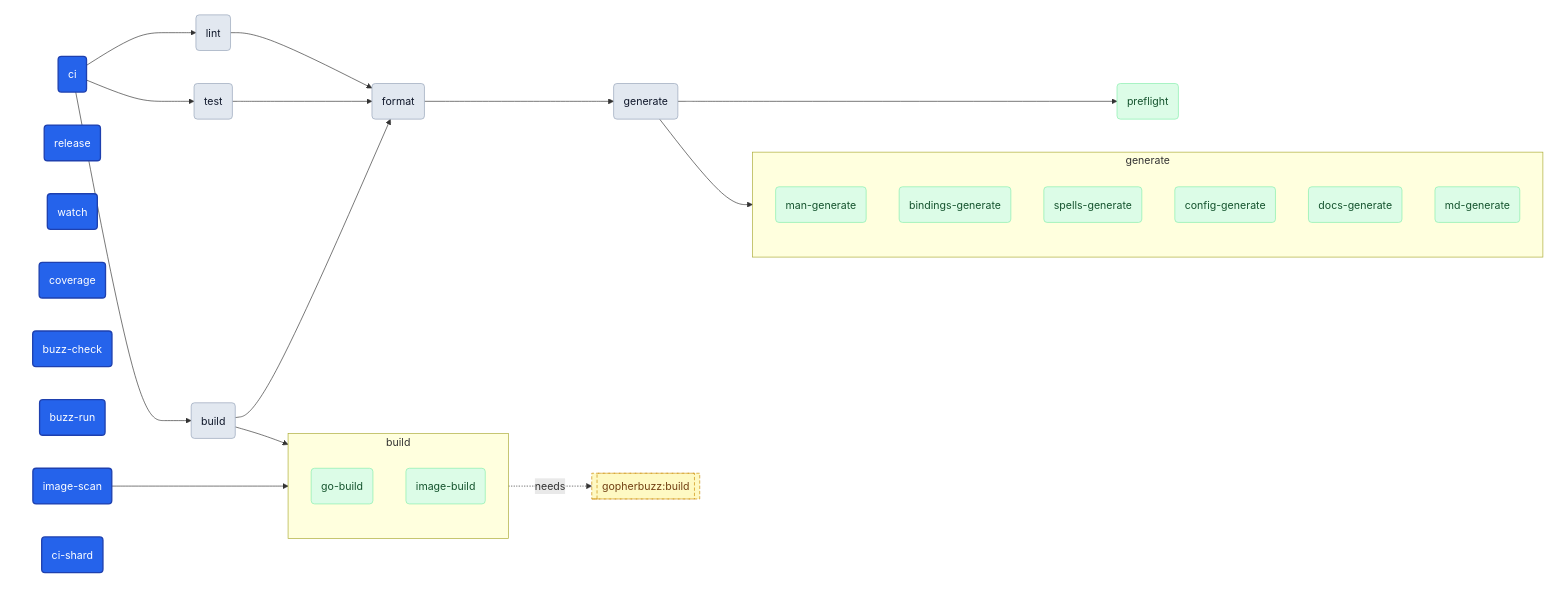
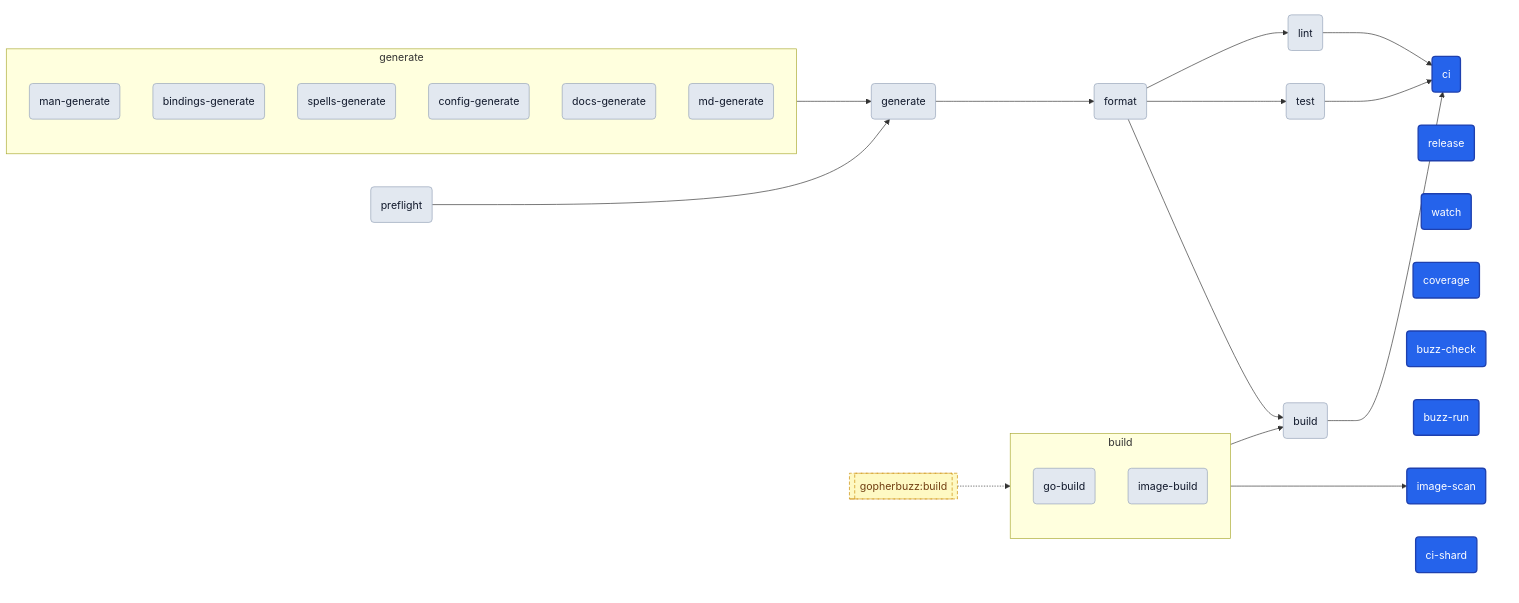
The second of 6 diagrams in MAGUS.md (egladman/magus), drawn with Mermaid before and after one commit. The commit also changed other lines of this file and 174 other files, not shown here.

````diff
--- a/MAGUS.md
+++ b/MAGUS.md
@@ -60,59 +58,57 @@
 ```mermaid
 ---
 config:
   flowchart:
     nodeSpacing: 50
     rankSpacing: 80
 ---
 graph LR
   subgraph stage_build["build"]
     go_build("go-build")
     image_build("image-build")
   end
   subgraph stage_generate["generate"]
     man_generate("man-generate")
     bindings_generate("bindings-generate")
     spells_generate("spells-generate")
     config_generate("config-generate")
     docs_generate("docs-generate")
     md_generate("md-generate")
   end
   subgraph entry_cluster[" "]
     image_scan("image-scan")
     release("release")
     watch("watch")
     coverage("coverage")
     buzz_check("buzz-check")
     buzz_run("buzz-run")
     ci("ci")
     ci_shard("ci-shard")
   end
   generate("generate")
   preflight("preflight")
   build("build")
   test("test")
   lint("lint")
   format("format")
   xt_gopherbuzz_build[["gopherbuzz:build"]]
-  image_scan --> stage_build
-  generate --> preflight
-  generate --> stage_generate
-  build --> format
-  build --> stage_build
-  test --> format
-  lint --> format
-  format --> generate
-  ci --> lint
-  ci --> build
-  ci --> test
-  stage_build -.->|"needs"| xt_gopherbuzz_build
+  stage_build --> image_scan
+  preflight --> generate
+  stage_generate --> generate
+  format --> build
+  stage_build --> build
+  format --> test
+  format --> lint
+  generate --> format
+  lint --> ci
+  build --> ci
+  test --> ci
+  xt_gopherbuzz_build -.-> stage_build
   classDef anchor fill:#2563eb,color:#ffffff,stroke:#1e40af,stroke-width:2px
-  classDef mid fill:#e2e8f0,color:#0f172a,stroke:#94a3b8
-  classDef leaf fill:#dcfce7,color:#14532d,stroke:#86efac
+  classDef target fill:#e2e8f0,color:#0f172a,stroke:#94a3b8
   classDef external fill:#fef9c3,color:#713f12,stroke:#ca8a04,stroke-dasharray:5 3
   class buzz_check,buzz_run,ci,ci_shard,coverage,image_scan,release,watch anchor
-  class build,format,generate,lint,test mid
-  class bindings_generate,config_generate,docs_generate,go_build,image_build,man_generate,md_generate,preflight,spells_generate leaf
+  class bindings_generate,build,config_generate,docs_generate,format,generate,go_build,image_build,lint,man_generate,md_generate,preflight,spells_generate,test target
   class xt_gopherbuzz_build external
   style entry_cluster fill:transparent,stroke:transparent
 ```
````
